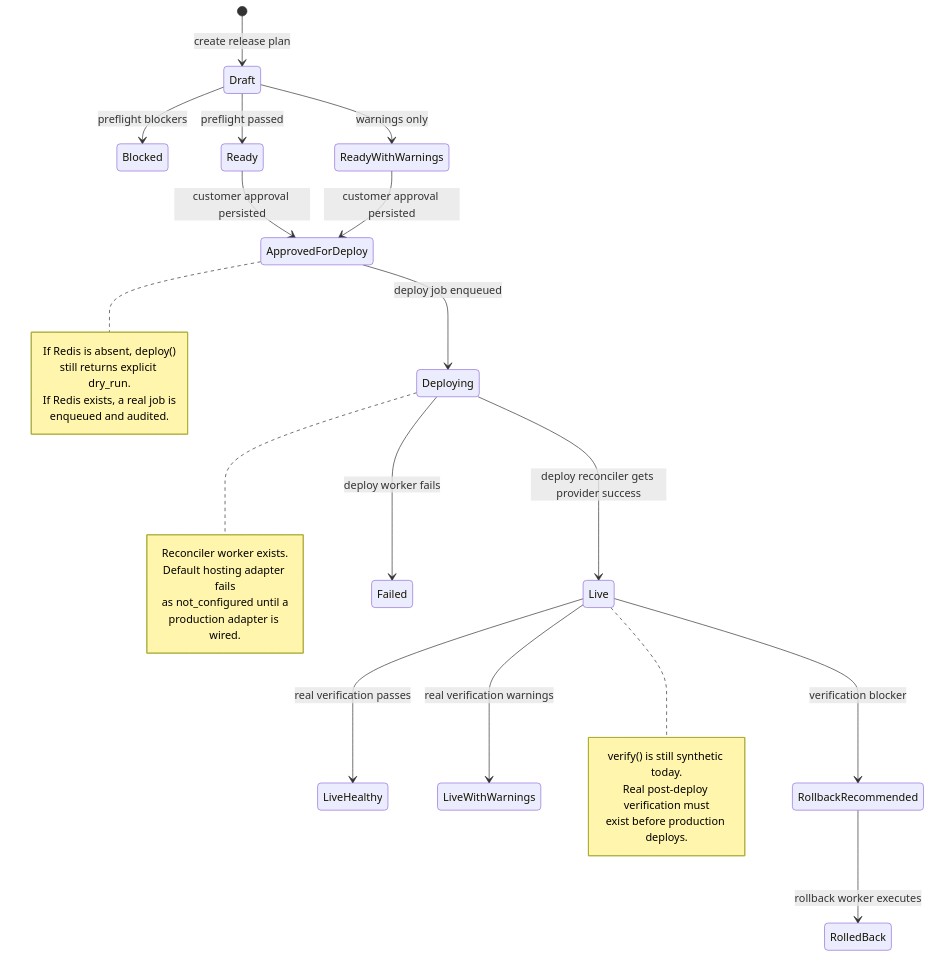
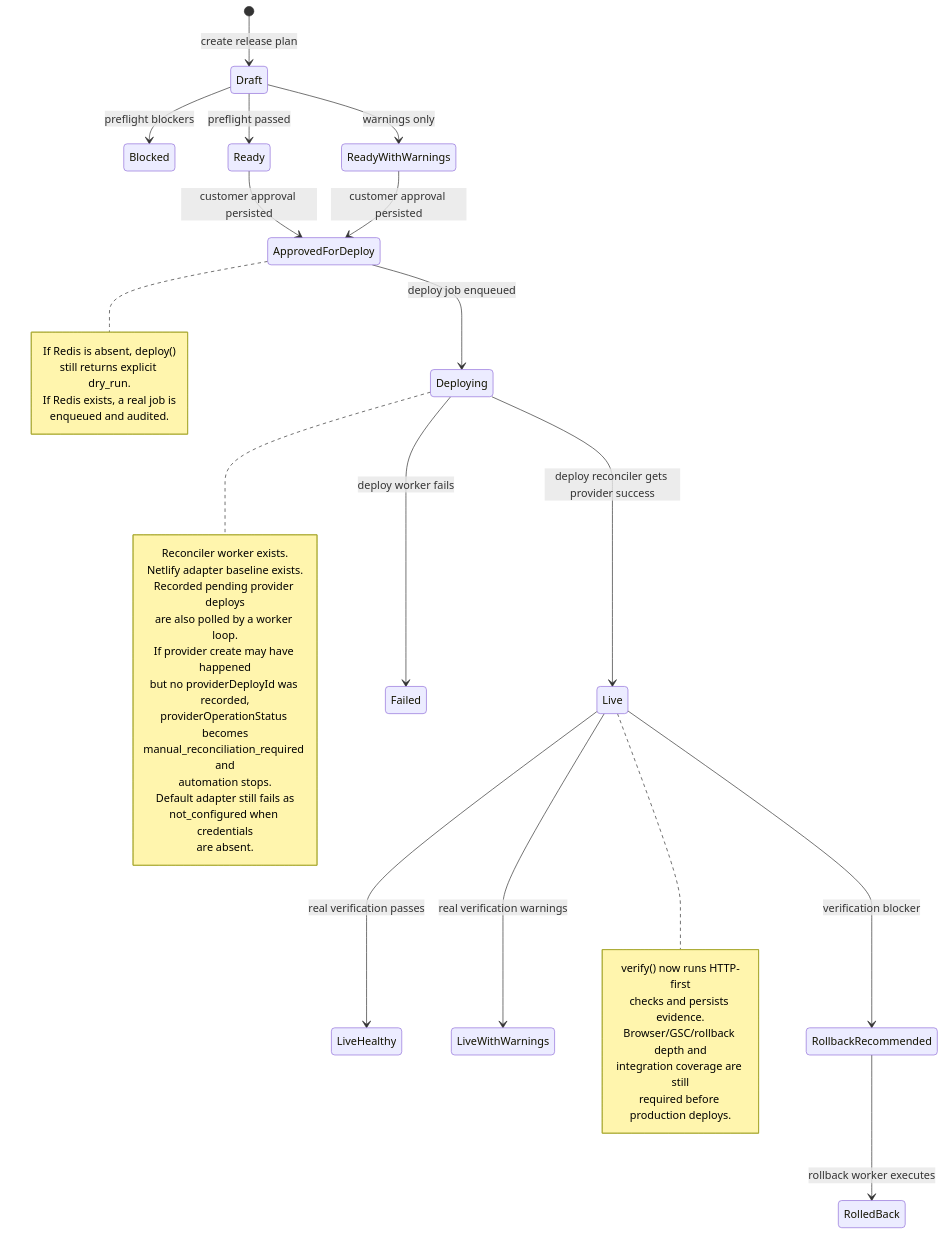
The second of 3 diagrams in docs/architecture/backend-foundation-status.md (mayett515/Seo_automatisation), drawn with Mermaid before and after one commit. The commit also changed other lines of this file and 47 other files, not shown here.

Commit message:
Wire deploy verification foundation

````diff
--- a/docs/architecture/backend-foundation-status.md
+++ b/docs/architecture/backend-foundation-status.md
@@ -63,36 +64,46 @@
 ```mermaid
 stateDiagram-v2
   [*] --> Draft: create release plan
   Draft --> Blocked: preflight blockers
   Draft --> Ready: preflight passed
   Draft --> ReadyWithWarnings: warnings only
   Ready --> ApprovedForDeploy: customer approval persisted
   ReadyWithWarnings --> ApprovedForDeploy: customer approval persisted
   ApprovedForDeploy --> Deploying: deploy job enqueued
   Deploying --> Live: deploy reconciler gets provider success
   Deploying --> Failed: deploy worker fails
   Live --> LiveHealthy: real verification passes
   Live --> LiveWithWarnings: real verification warnings
   Live --> RollbackRecommended: verification blocker
   RollbackRecommended --> RolledBack: rollback worker executes
 
   note right of Deploying
     Reconciler worker exists.
-    Default hosting adapter fails
-    as not_configured until a
-    production adapter is wired.
+    Netlify adapter baseline exists.
+    Recorded pending provider deploys
+    are also polled by a worker loop.
+    If provider create may have happened
+    but no providerDeployId was recorded,
+    providerOperationStatus becomes
+    manual_reconciliation_required and
+    automation stops.
+    Default adapter still fails as
+    not_configured when credentials
+    are absent.
   end note
 
   note right of ApprovedForDeploy
     If Redis is absent, deploy()
     still returns explicit dry_run.
     If Redis exists, a real job is
     enqueued and audited.
   end note
 
   note right of Live
-    verify() is still synthetic today.
-    Real post-deploy verification must
-    exist before production deploys.
+    verify() now runs HTTP-first
+    checks and persists evidence.
+    Browser/GSC/rollback depth and
+    integration coverage are still
+    required before production deploys.
   end note
 ```
````
